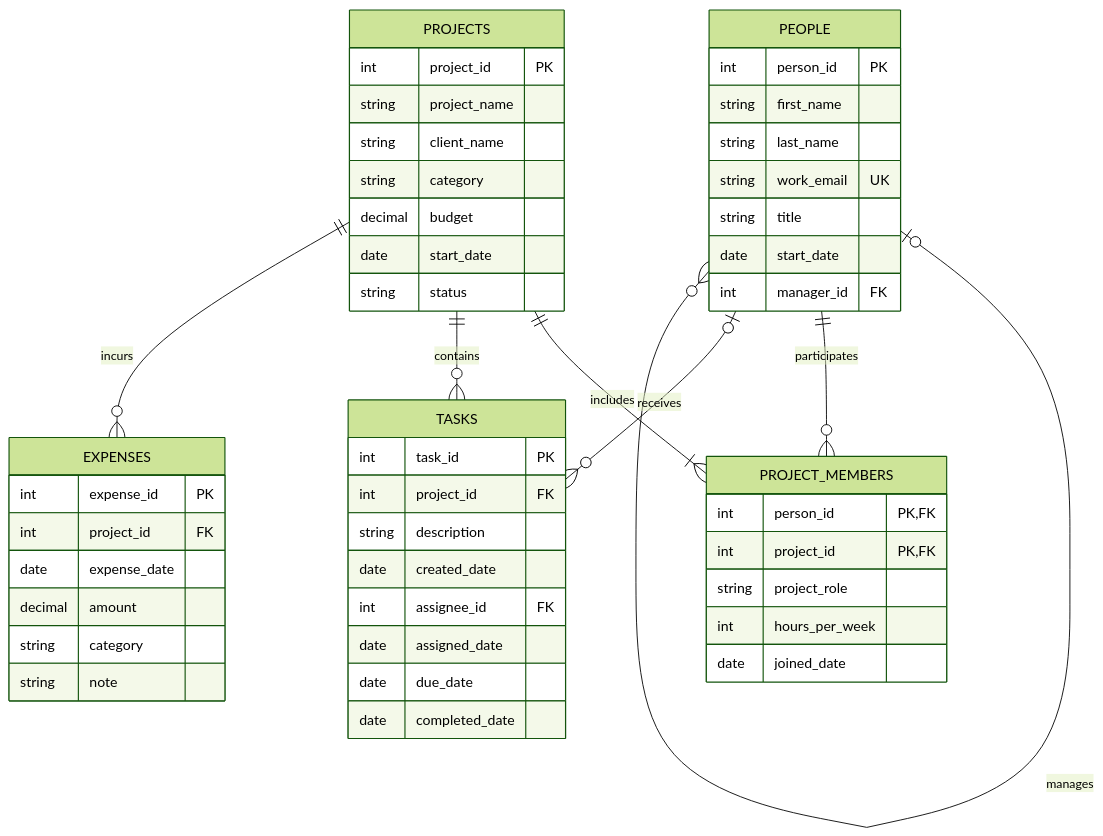
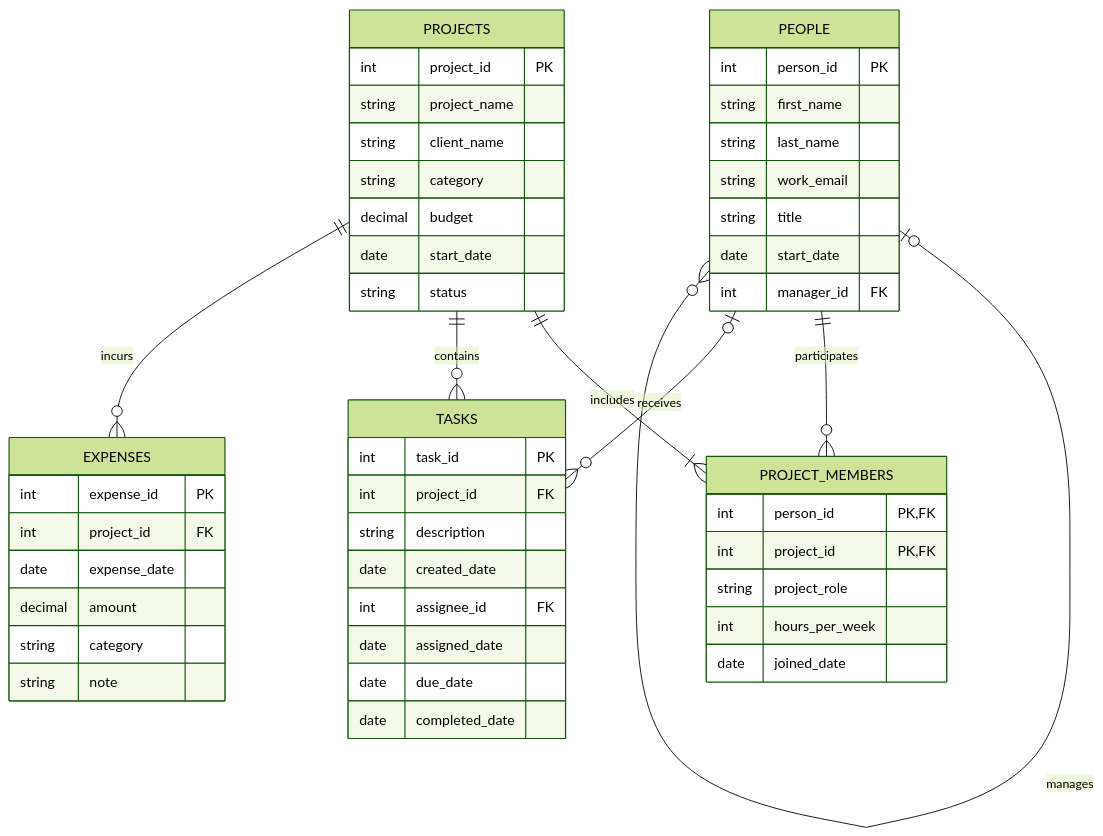
The diagram in projects/db/README.md (hoangducdungbabson/oim6301), drawn with Mermaid (forest theme) before and after one commit. The commit also changed other lines of this file, not shown here.

First line of the commit message:
Update work_email column in PEOPLE table

````diff
--- a/projects/db/README.md
+++ b/projects/db/README.md
@@ -8,57 +8,57 @@
 ```mermaid
 erDiagram
     PEOPLE o|--o{ PEOPLE : manages
     PEOPLE ||--o{ PROJECT_MEMBERS : participates
     PROJECTS ||--|{ PROJECT_MEMBERS : includes
     PROJECTS ||--o{ TASKS : contains
     PEOPLE o|--o{ TASKS : receives
     PROJECTS ||--o{ EXPENSES : incurs
 
     PEOPLE {
         int person_id PK
         string first_name
         string last_name
-        string work_email UK
+        string work_email 
         string title
         date start_date
         int manager_id FK
     }
 
     PROJECTS {
         int project_id PK
         string project_name
         string client_name
         string category
         decimal budget
         date start_date
         string status
     }
 
     PROJECT_MEMBERS {
         int person_id PK, FK
         int project_id PK, FK
         string project_role
         int hours_per_week
         date joined_date
     }
 
     TASKS {
         int task_id PK
         int project_id FK
         string description
         date created_date
         int assignee_id FK
         date assigned_date
         date due_date
         date completed_date
     }
 
     EXPENSES {
         int expense_id PK
         int project_id FK
         date expense_date
         decimal amount
         string category
         string note
     }
 ```
````
